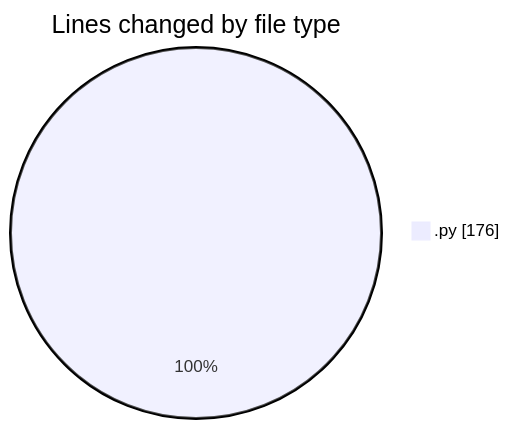
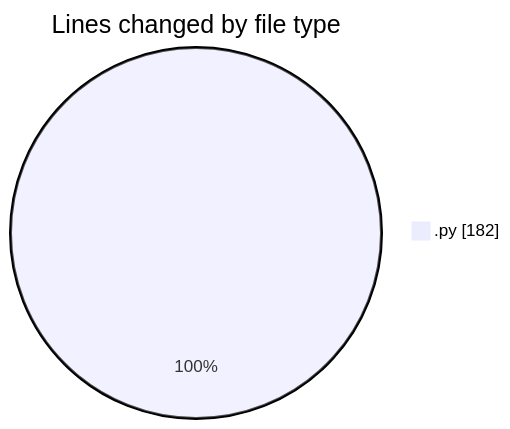
One commit to momahboobian/code-tracking changed the first of 2 diagrams in 2025-02-13/samplepdf/README.md. Above: the diagram before and after it, drawn with Mermaid. The commit also changed other lines of this file and 1 other file, not shown here.

````diff
--- a/2025-02-13/samplepdf/README.md
+++ b/2025-02-13/samplepdf/README.md
@@ -22,5 +22,5 @@
 ```mermaid
 pie showData
 title Lines changed by file type
-".py" : 176
+".py" : 182
 ```
````
